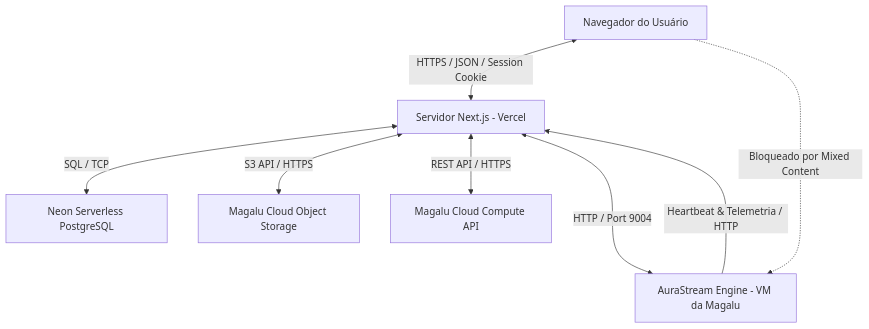
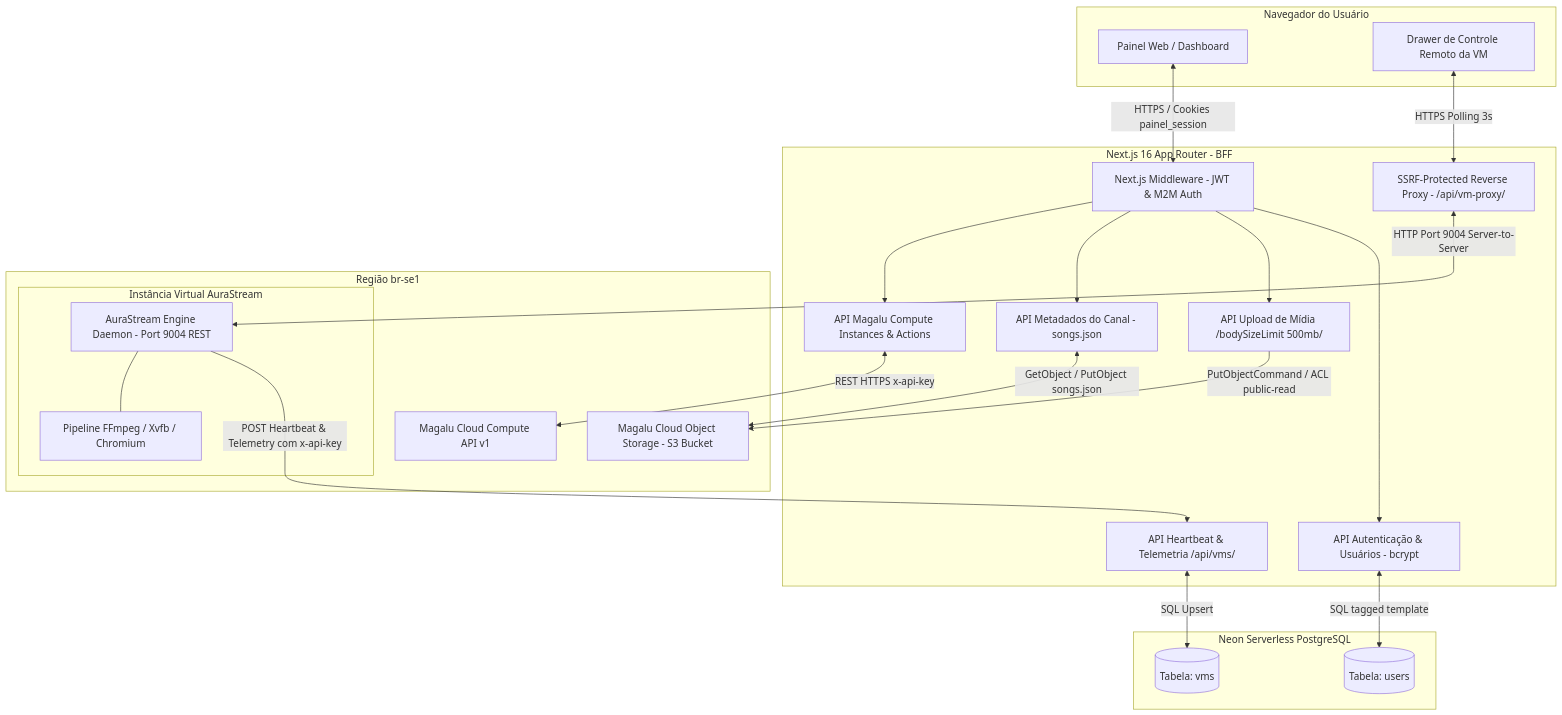
One commit to BrunoAndradeDinis/painel-stream changed the first of 4 diagrams in README.md. Above: the diagram before and after it, drawn with Mermaid. The commit also changed other lines of this file, not shown here.

Commit message:
docs: update README with comprehensive system architecture details, updated diagrams, and refined technical workflows

````diff
--- a/README.md
+++ b/README.md
@@ -16,14 +16,58 @@
 ```mermaid
 graph TD
-    Browser[Navegador do Usuário] <-->|HTTPS / JSON / Session Cookie| NextServer[Servidor Next.js - Vercel]
-    NextServer <-->|SQL / TCP| Neon[Neon Serverless PostgreSQL]
-    NextServer <-->|S3 API / HTTPS| MGC_Storage[Magalu Cloud Object Storage]
-    NextServer <-->|REST API / HTTPS| MGC_Compute[Magalu Cloud Compute API]
-    
-    %% Proxy & Daemon Connection
-    NextServer <-->|HTTP / Port 9004| AuraEngine[AuraStream Engine - VM da Magalu]
-    Browser -.->|Bloqueado por Mixed Content| AuraEngine
-    
-    %% M2M Telemetria
-    AuraEngine --->|Heartbeat & Telemetria / HTTP| NextServer
+    %% Camada de Usuário / Browser
+    subgraph Cliente Administrativo [Navegador do Usuário]
+        BrowserAdmin[Painel Web / Dashboard]
+        RemoteDrawer[Drawer de Controle Remoto da VM]
+    end
+
+    %% Servidor BFF Next.js
+    subgraph Control Plane [Next.js 16 App Router - BFF]
+        Middleware[Next.js Middleware - JWT & M2M Auth]
+        UploadRoute[API Upload de Mídia /bodySizeLimit 500mb/]
+        MetadataRoute[API Metadados do Canal - songs.json]
+        VmProxy[SSRF-Protected Reverse Proxy - /api/vm-proxy/]
+        VmComputeRoute[API Magalu Compute Instances & Actions]
+        HeartbeatRoute[API Heartbeat & Telemetria /api/vms/]
+        AuthUsersRoute[API Autenticação & Usuários - bcrypt]
+    end
+
+    %% Camada de Dados e Nuvem Magalu
+    subgraph Magalu Cloud Infrastructure [Região br-se1]
+        MGC_S3[Magalu Cloud Object Storage - S3 Bucket]
+        MGC_Compute[Magalu Cloud Compute API v1]
+        
+        subgraph VM Dedicada [Instância Virtual AuraStream]
+            AuraEngine[AuraStream Engine Daemon - Port 9004 REST]
+            FFmpegEngine[Pipeline FFmpeg / Xvfb / Chromium]
+        end
+    end
+
+    %% Banco Relacional Neon
+    subgraph Persistência Relacional [Neon Serverless PostgreSQL]
+        DB_Users[(Tabela: users)]
+        DB_VMs[(Tabela: vms)]
+    end
+
+    %% Conexões do Browser ao Next.js
+    BrowserAdmin <-->|HTTPS / Cookies painel_session| Middleware
+    Middleware --> AuthUsersRoute
+    Middleware --> UploadRoute
+    Middleware --> MetadataRoute
+    Middleware --> VmComputeRoute
+    RemoteDrawer <-->|HTTPS Polling 3s| VmProxy
+
+    %% Conexões Next.js com Banco de Dados
+    AuthUsersRoute <-->|SQL tagged template| DB_Users
+    HeartbeatRoute <-->|SQL Upsert| DB_VMs
+
+    %% Conexões Next.js com Magalu Cloud
+    UploadRoute -->|PutObjectCommand / ACL public-read| MGC_S3
+    MetadataRoute <-->|GetObject / PutObject songs.json| MGC_S3
+    VmComputeRoute <-->|REST HTTPS x-api-key| MGC_Compute
+
+    %% Proxy e Comunicação M2M com a VM
+    VmProxy <-->|HTTP Port 9004 Server-to-Server| AuraEngine
+    AuraEngine --->|POST Heartbeat & Telemetry com x-api-key| HeartbeatRoute
+    AuraEngine --- FFmpegEngine
 ```
````
